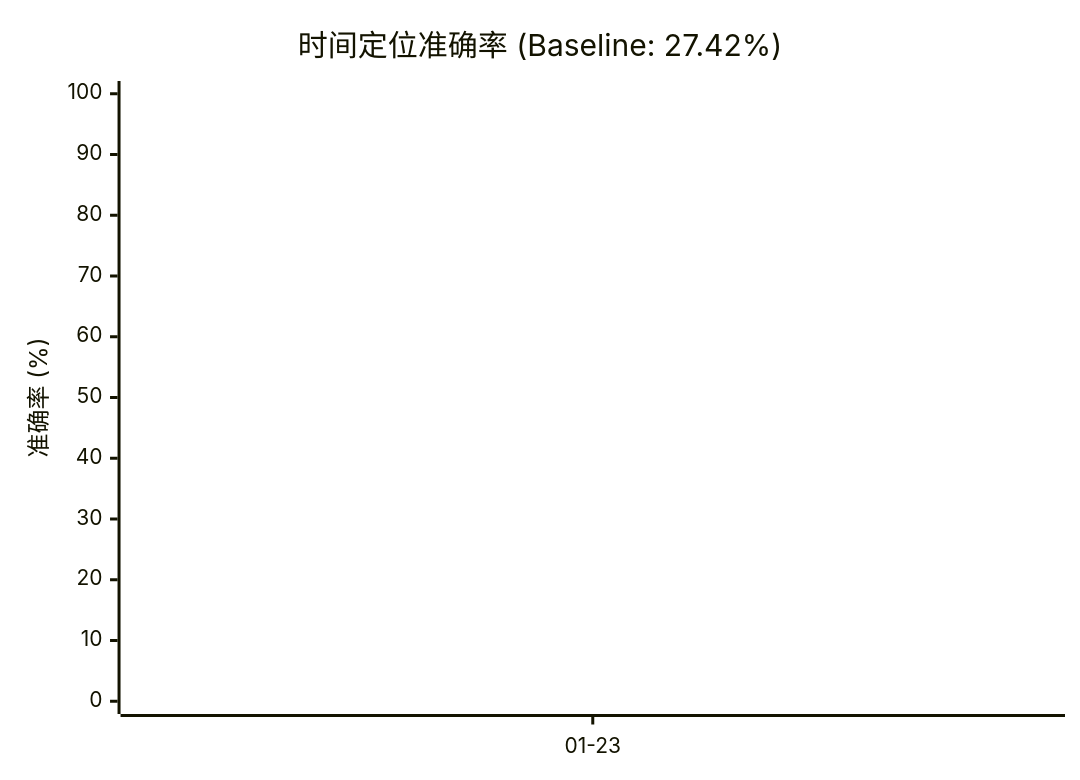
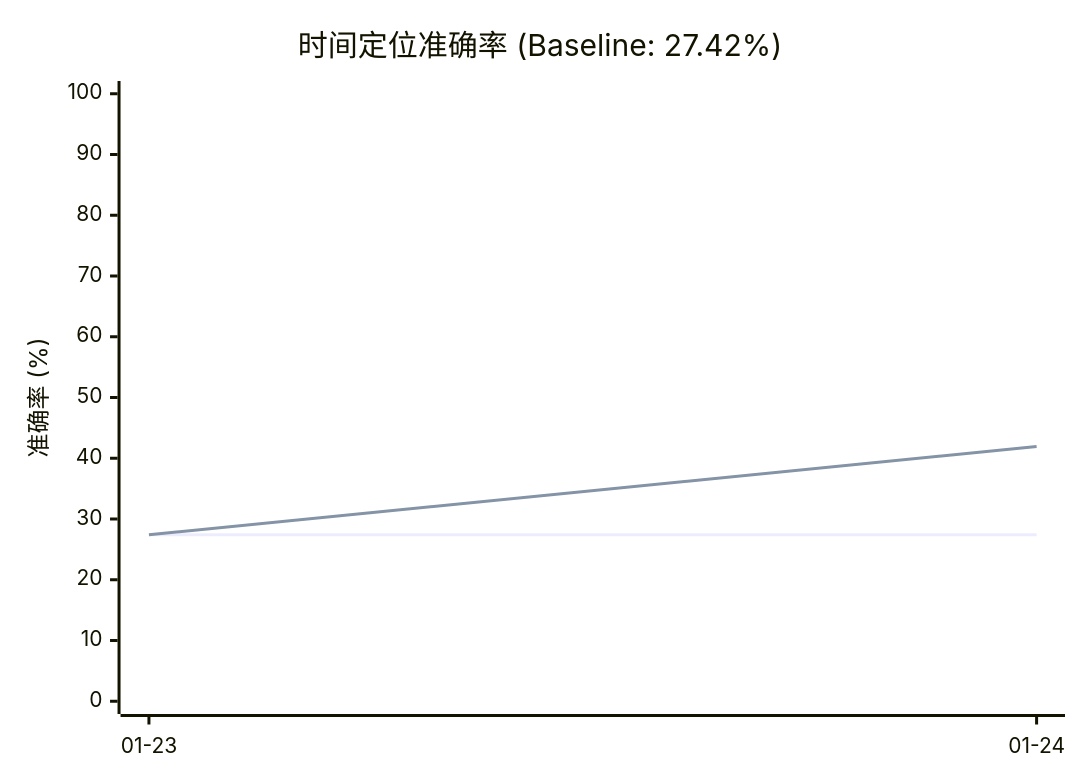
The fifth of 7 diagrams in evaluation/README.md (gongxh13/rca-agent), drawn with Mermaid before and after one commit. The commit also changed other lines of this file, not shown here.

````diff
--- a/evaluation/README.md
+++ b/evaluation/README.md
@@ -103,8 +104,8 @@
 ```mermaid
 xychart-beta
     title "时间定位准确率 (Baseline: 27.42%)"
-    x-axis ["01-23"]
+    x-axis ["01-23", "01-24"]
     y-axis "准确率 (%)" 0 --> 100
-    line [27.42]
-    line [27.42]
+    line [27.42, 27.42]
+    line [27.42, 41.94]
 ```
````
